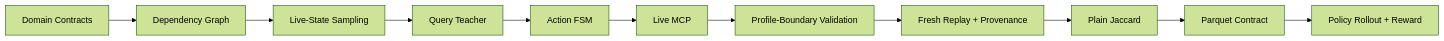
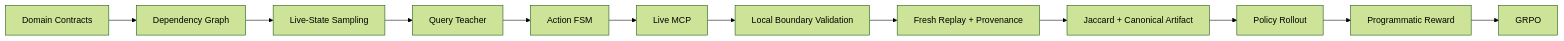
The diagram in README.md (liuzy1019/LiveMCP-GRPO), drawn with Mermaid (forest theme) before and after one commit. The commit also changed other lines of this file, not shown here.

````diff
--- a/README.md
+++ b/README.md
@@ -21,13 +96,14 @@
 ```mermaid
 flowchart LR
     A[Domain Contracts] --> B[Dependency Graph]
     B --> C[Live-State Sampling]
     C --> D[Query Teacher]
     D --> E[Action FSM]
     E --> F[Live MCP]
-    F --> G[Profile-Boundary Validation]
+    F --> G[Local Boundary Validation]
     G --> H[Fresh Replay + Provenance]
-    H --> I[Plain Jaccard]
-    I --> J[Parquet Contract]
-    J --> K[Policy Rollout + Reward]
+    H --> I[Jaccard + Canonical Artifact]
+    I --> J[Policy Rollout]
+    J --> K[Programmatic Reward]
+    K --> L[GRPO]
 ```
````
